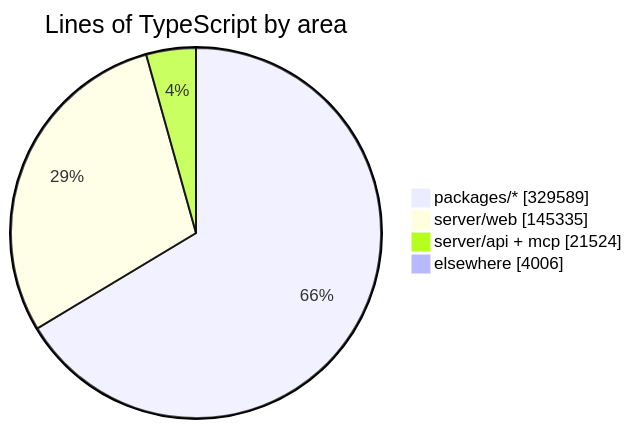
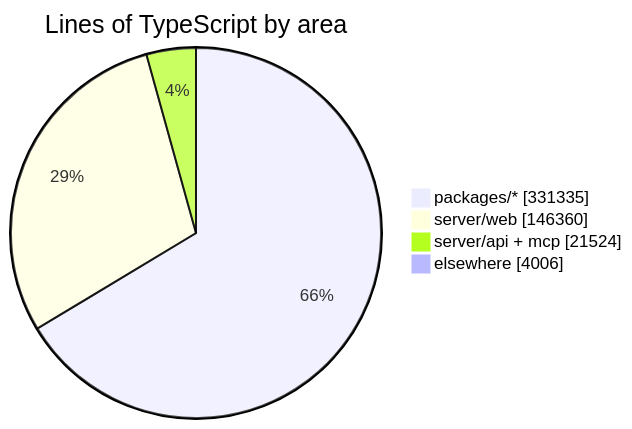
The diagram in README.md (crossworks-engineering/mantle), drawn with Mermaid before and after one commit. The commit also changed other lines of this file and 2 other files, not shown here.

````diff
--- a/README.md
+++ b/README.md
@@ -294,7 +294,7 @@
 ```mermaid
 pie showData title Lines of TypeScript by area
-    "packages/*" : 329589
-    "server/web" : 145335
+    "packages/*" : 331335
+    "server/web" : 146360
     "server/api + mcp" : 21524
     "elsewhere" : 4006
 ```
````
